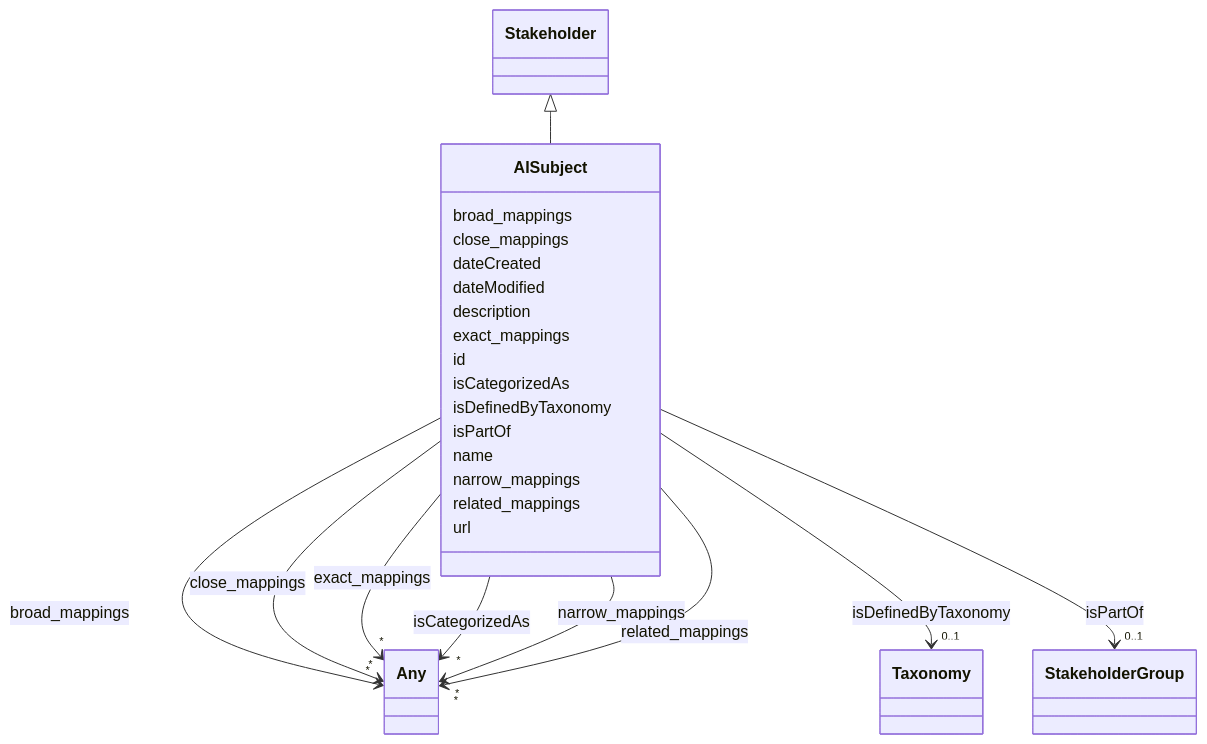
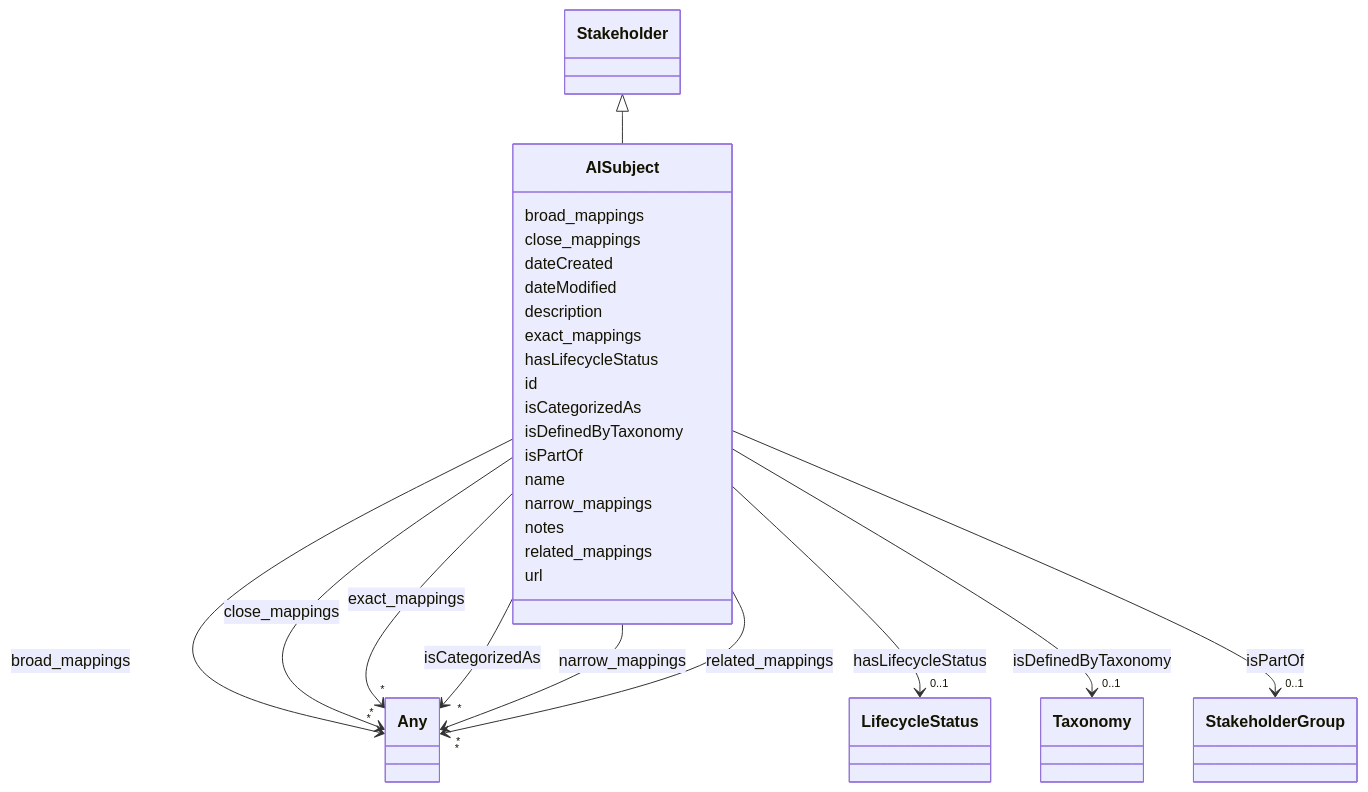
The diagram in docs/ontology/AISubject.md (ingelise/risk-atlas-nexus), drawn with Mermaid before and after one commit. The commit also changed other lines of this file and 190 other files, not shown here.

```diff
--- a/docs/ontology/AISubject.md
+++ b/docs/ontology/AISubject.md
@@ -54,6 +54,17 @@
 
         AISubject --> "*" Any : exact_mappings
         click Any href "../Any/"
+
+
+
+      AISubject : hasLifecycleStatus
+
+
+
+
+
+        AISubject --> "0..1" LifecycleStatus : hasLifecycleStatus
+        click LifecycleStatus href "../LifecycleStatus/"
 
 
 
@@ -105,6 +116,8 @@
 
 
 
+      AISubject : notes
+
       AISubject : related_mappings
 
 
```
